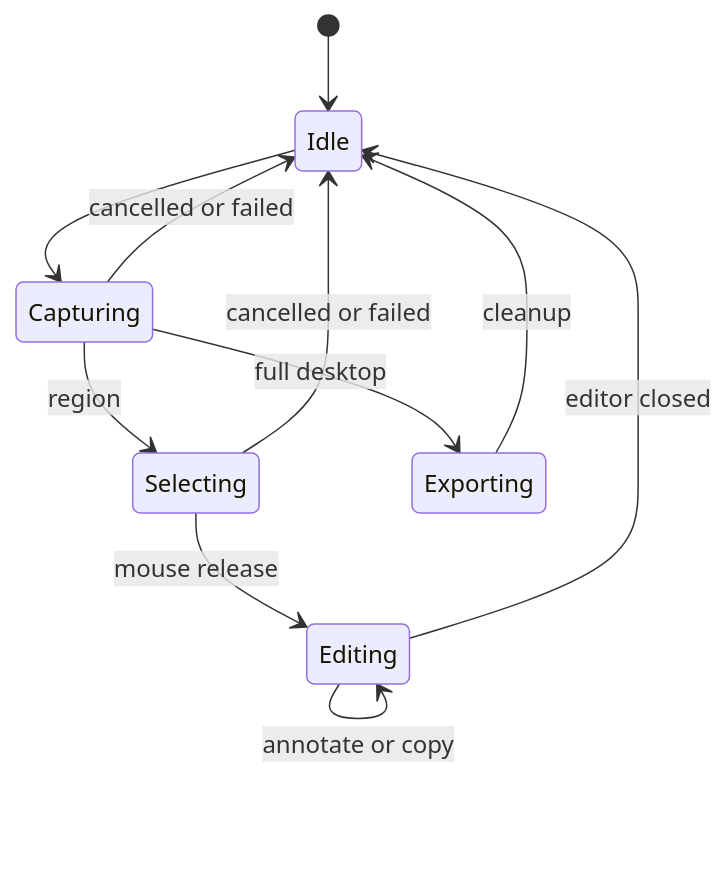
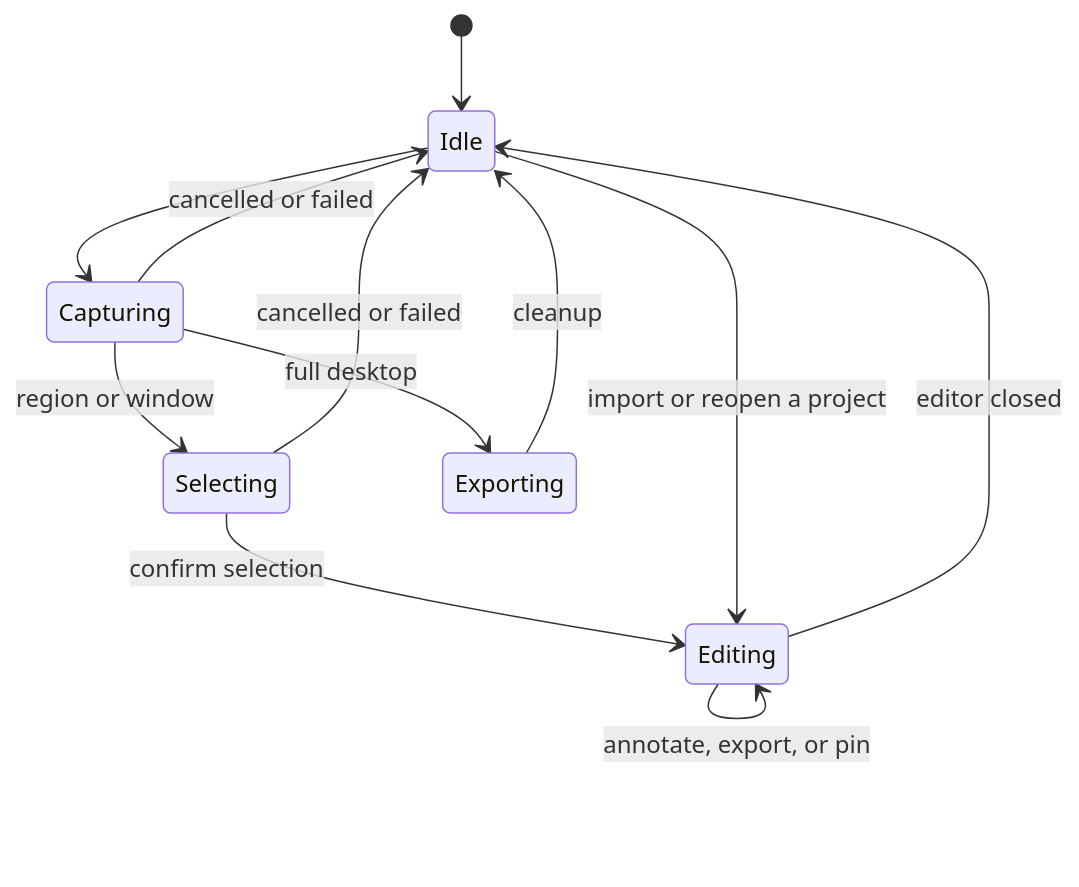
The diagram in docs/ARCHITECTURE.md (halfkung/Qapture), drawn with Mermaid before and after one commit. The commit also changed other lines of this file and 2 other files, not shown here.

Commit message:
Record optimized Windows smoke results and preview architecture

````diff
--- a/docs/ARCHITECTURE.md
+++ b/docs/ARCHITECTURE.md
@@ -5,13 +5,14 @@
 ```mermaid
 stateDiagram-v2
     [*] --> Idle
     Idle --> Capturing
-    Capturing --> Selecting: region
+    Capturing --> Selecting: region or window
     Capturing --> Exporting: full desktop
-    Selecting --> Editing: mouse release
-    Editing --> Editing: annotate or copy
+    Selecting --> Editing: confirm selection
+    Idle --> Editing: import or reopen a project
+    Editing --> Editing: annotate, export, or pin
     Editing --> Idle: editor closed
     Capturing --> Idle: cancelled or failed
     Selecting --> Idle: cancelled or failed
     Exporting --> Idle: cleanup
 ```
````
